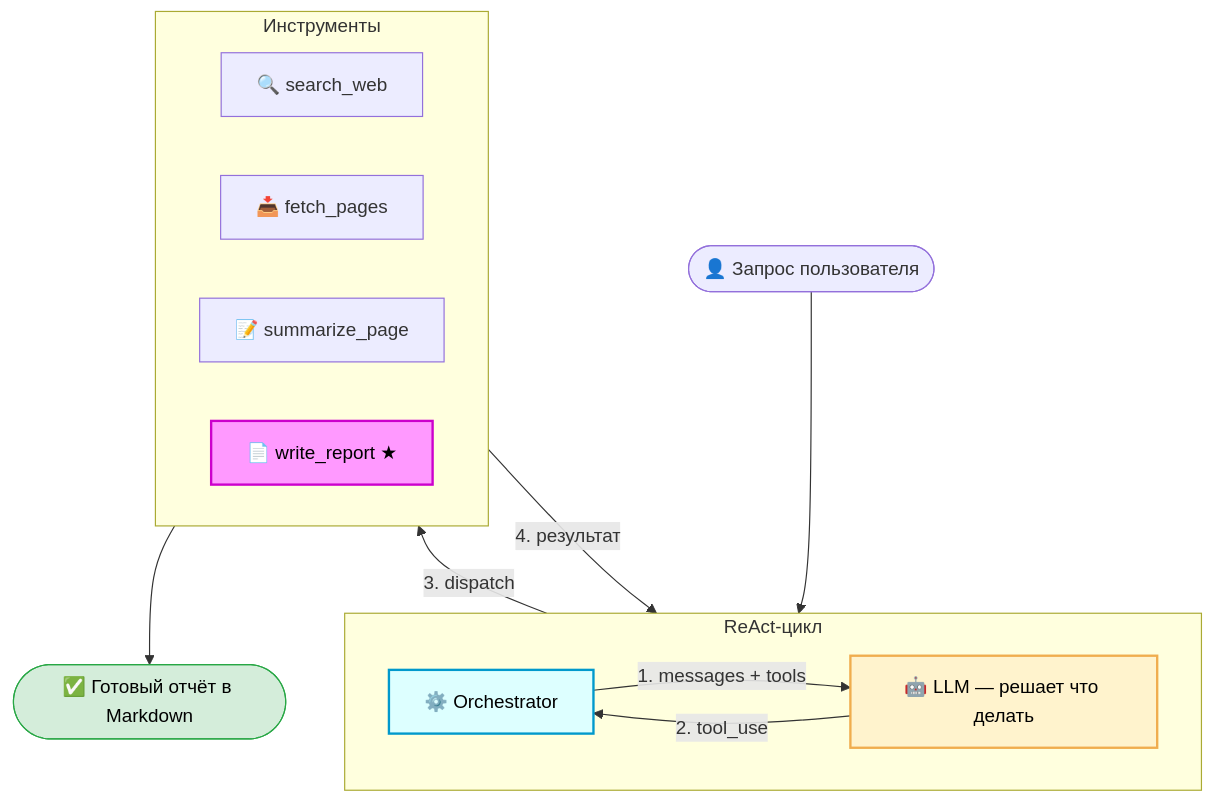
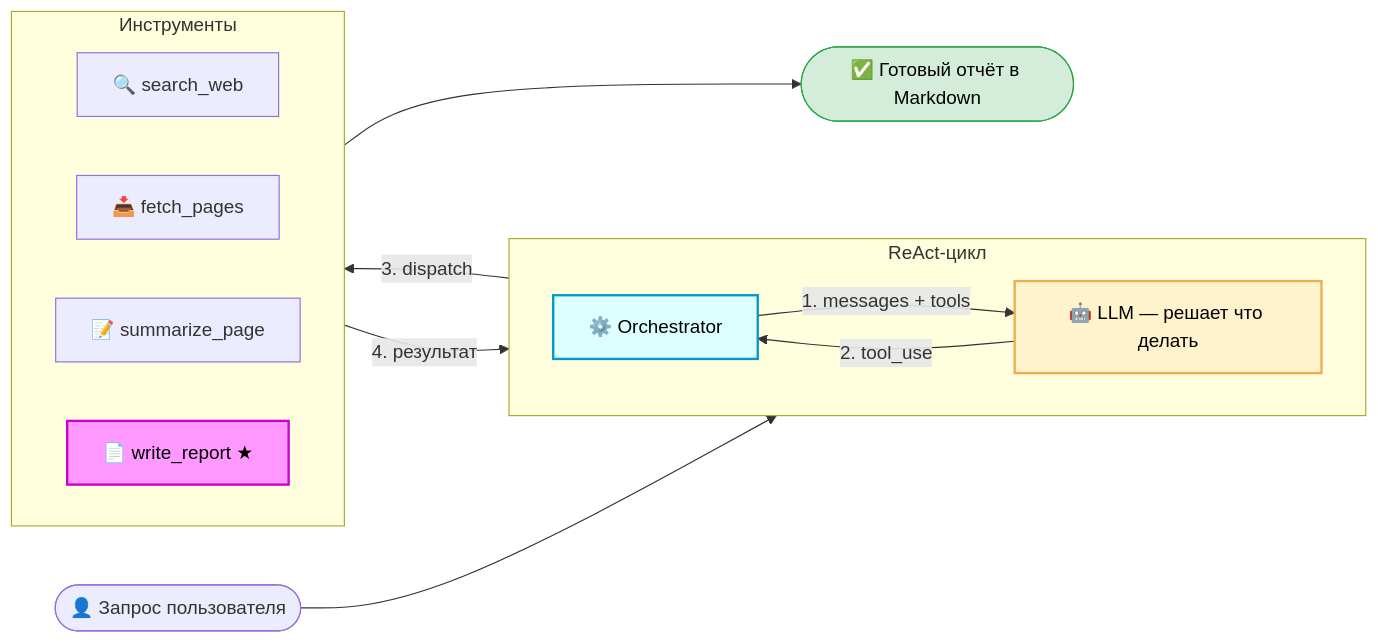
Before and after one commit to ivanshamaev/research-agent: the diagram in README.md, drawn with Mermaid.

````diff
--- a/README.md
+++ b/README.md
@@ -15,32 +15,32 @@
 ```mermaid
-flowchart TD
+flowchart LR
     User(["👤 Запрос пользователя"])
 
     subgraph cycle["ReAct-цикл"]
         direction LR
         Orch["⚙️ Orchestrator"]
         LLM["🤖 LLM — решает что делать"]
         Orch -->|"1. messages + tools"| LLM
         LLM -->|"2. tool_use"| Orch
     end
 
     subgraph toolbox["Инструменты"]
         direction LR
         Search["🔍 search_web"]
         Fetch["📥 fetch_pages"]
         Summ["📝 summarize_page"]
         Report["📄 write_report ★"]
     end
 
     Done(["✅ Готовый отчёт в Markdown"])
 
     User --> Orch
     Orch -->|"3. dispatch"| toolbox
     toolbox -->|"4. результат"| Orch
     Report --> Done
 
     style Report fill:#f9f,stroke:#c0c,stroke-width:2px,color:#000
     style Done fill:#d4edda,stroke:#28a745,color:#000
     style Orch fill:#dff,stroke:#09c,stroke-width:2px,color:#000
     style LLM fill:#fff3cd,stroke:#f0ad4e,stroke-width:2px,color:#000
 ```
````
